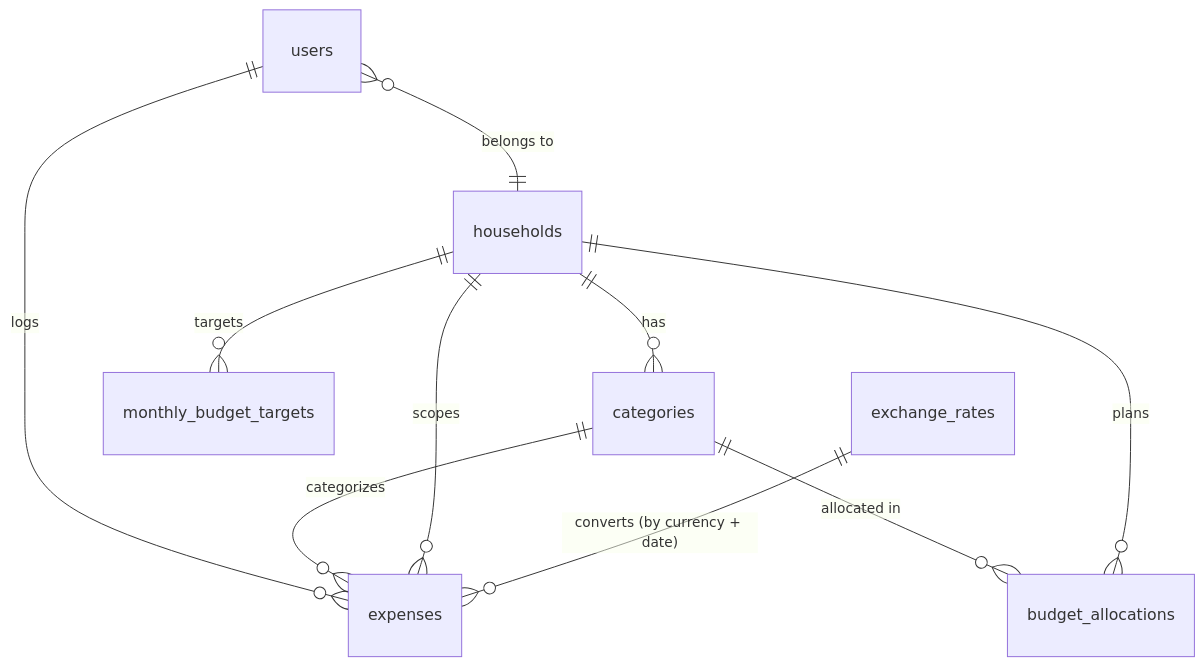
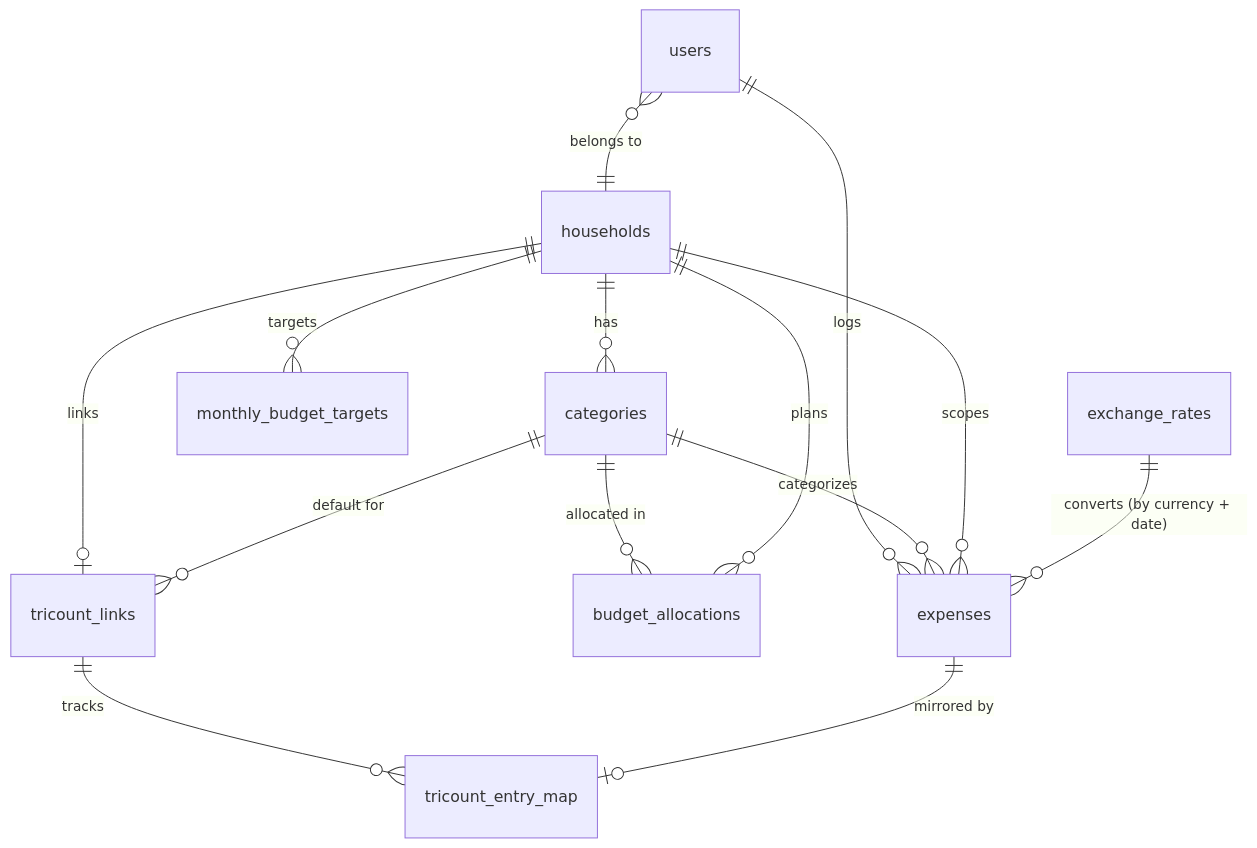
The diagram in DATA_MODEL.md (tucared/quick-budget), drawn with Mermaid before and after one commit. The commit also changed other lines of this file and 17 other files, not shown here.

````diff
--- a/DATA_MODEL.md
+++ b/DATA_MODEL.md
@@ -9,15 +9,20 @@
 ```mermaid
 erDiagram
     users }o--|| households : "belongs to"
     users ||--o{ expenses : "logs"
 
     categories ||--o{ expenses : "categorizes"
     categories ||--o{ budget_allocations : "allocated in"
 
     households ||--o{ categories : "has"
     households ||--o{ expenses : "scopes"
     households ||--o{ budget_allocations : "plans"
     households ||--o{ monthly_budget_targets : "targets"
 
     exchange_rates ||--o{ expenses : "converts (by currency + date)"
+
+    households ||--o| tricount_links : "links"
+    tricount_links ||--o{ tricount_entry_map : "tracks"
+    expenses ||--o| tricount_entry_map : "mirrored by"
+    categories ||--o{ tricount_links : "default for"
 ```
````
